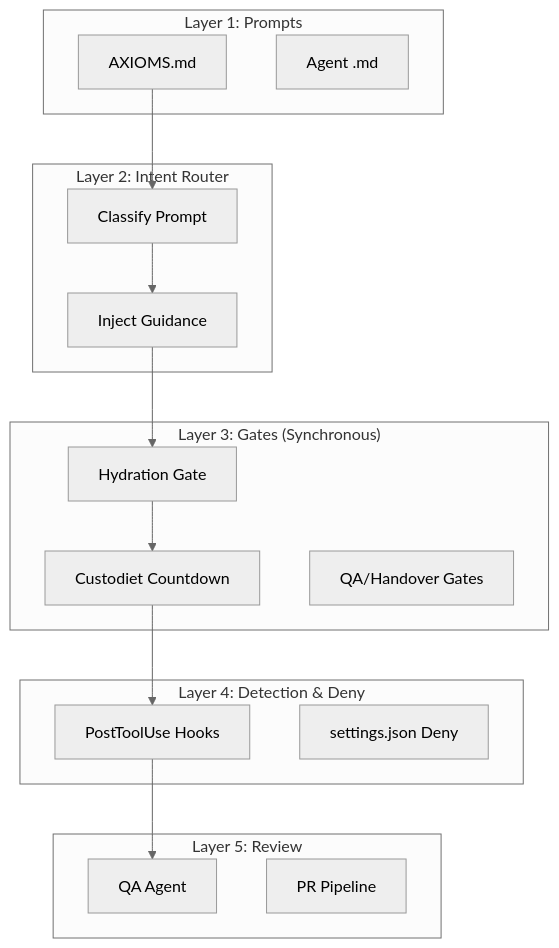
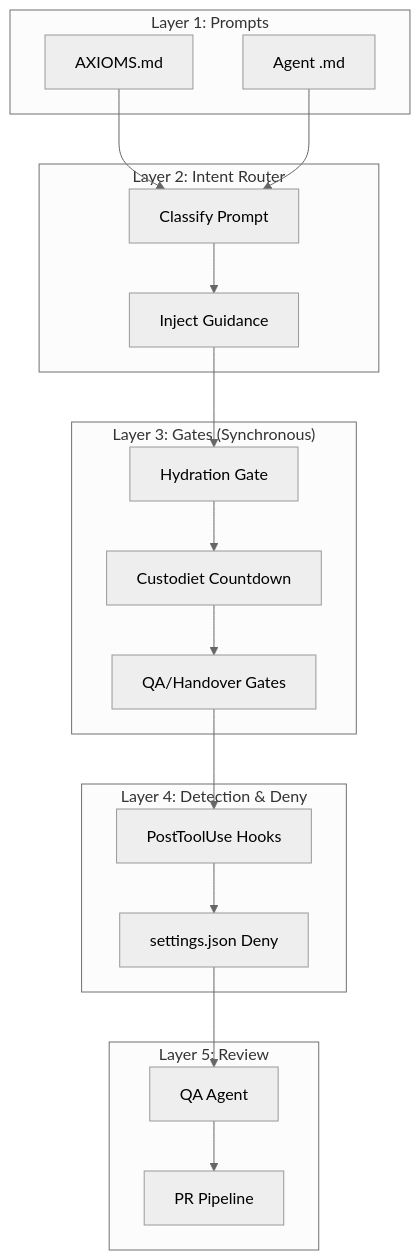
Before and after one commit to nicsuzor/academicOps: the diagram in specs/enforcement.md, drawn with Mermaid (neutral theme). The commit also changed other lines of this file, not shown here.

Commit message:
docs(spec): fix enforcement diagram connections and clarify QA gate status
- Connect all Mermaid diagram nodes (B, H, J, L were orphaned)
- Mark QA gate enforcement as planned/not yet enforced in User Expectations §3
  (gate starts OPEN with no closing trigger, so QA_GATE policy is currently a no-op)
- Handover gate behavior (active) is now clearly distinguished from QA gate (planned)

````diff
--- a/specs/enforcement.md
+++ b/specs/enforcement.md
@@ -30,35 +30,38 @@
 ```mermaid
 graph TD
     subgraph "Layer 1: Prompts"
         A[AXIOMS.md]
         B[Agent .md]
     end
 
     subgraph "Layer 2: Intent Router"
         D[Classify Prompt]
         E[Inject Guidance]
     end
 
     subgraph "Layer 3: Gates (Synchronous)"
         F[Hydration Gate]
         G[Custodiet Countdown]
         H[QA/Handover Gates]
     end
 
     subgraph "Layer 4: Detection & Deny"
         I[PostToolUse Hooks]
         J[settings.json Deny]
     end
 
     subgraph "Layer 5: Review"
         K[QA Agent]
         L[PR Pipeline]
     end
 
-    A --> D
+    A & B --> D
     D --> E
     E --> F
     F --> G
-    G --> I
-    I --> K
+    G --> H
+    H --> I
+    I --> J
+    J --> K
+    K --> L
 ```
````
